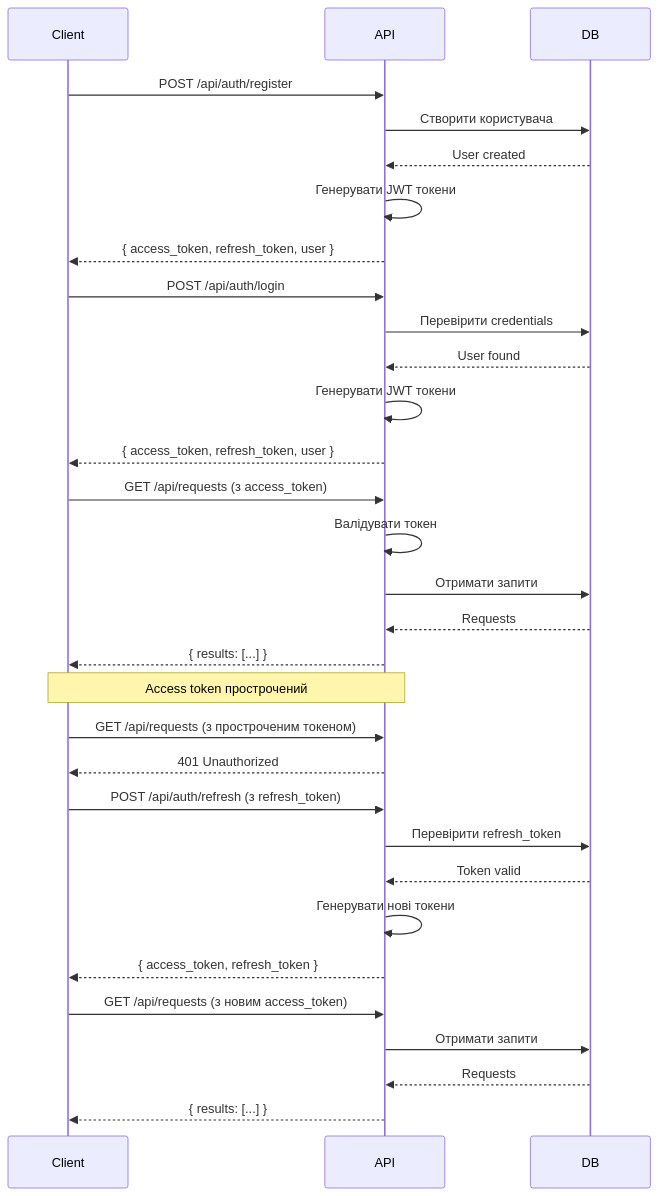
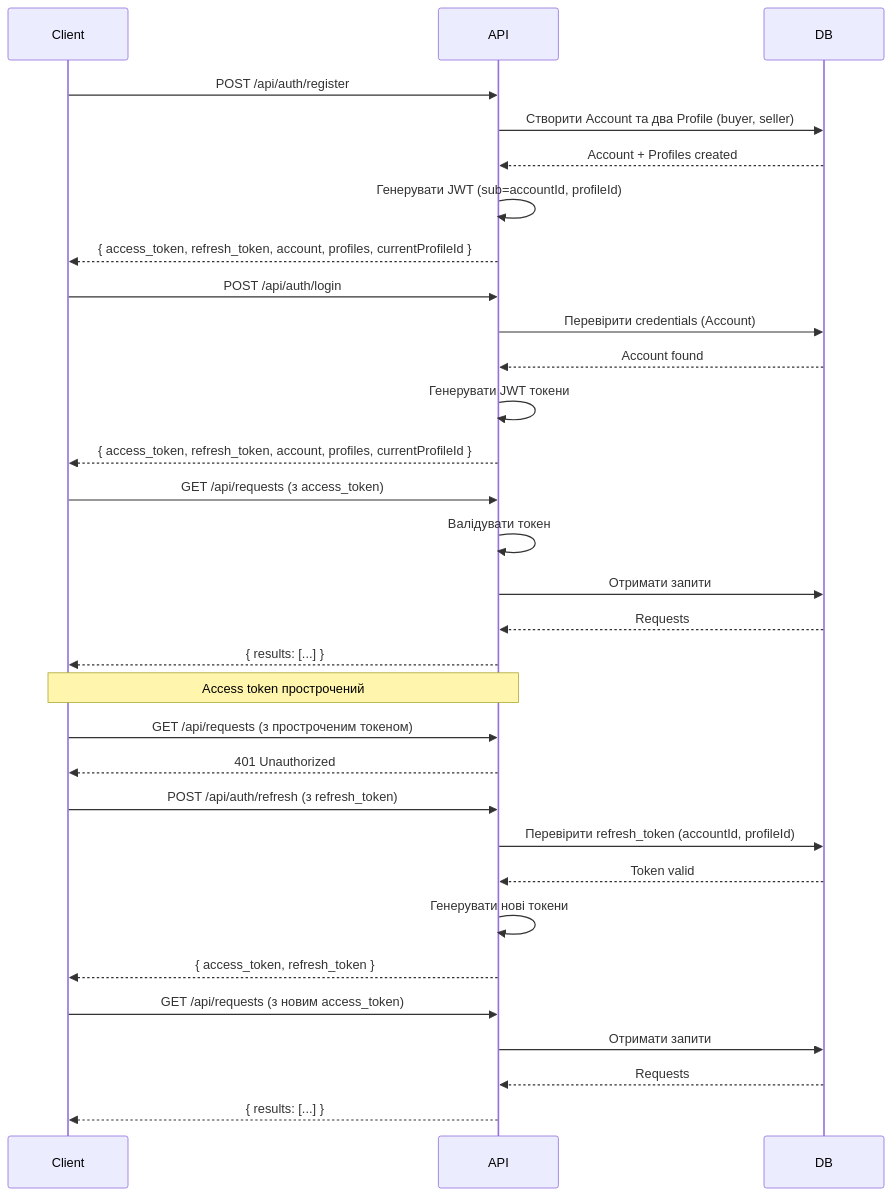
Before and after one commit to AndriiMelnikk/hochu_next: the second of 3 diagrams in docs/BACKEND_API.md, drawn with Mermaid. The commit also changed other lines of this file and 3 other files, not shown here.

First line of the commit message:
feat(user): enrich user profile with reputation and verification data

````diff
--- a/docs/BACKEND_API.md
+++ b/docs/BACKEND_API.md
@@ -1162,39 +955,39 @@
 ```mermaid
 sequenceDiagram
     participant Client
     participant API
     participant DB
 
     Client->>API: POST /api/auth/register
-    API->>DB: Створити користувача
-    DB-->>API: User created
-    API->>API: Генерувати JWT токени
-    API-->>Client: { access_token, refresh_token, user }
+    API->>DB: Створити Account та два Profile (buyer, seller)
+    DB-->>API: Account + Profiles created
+    API->>API: Генерувати JWT (sub=accountId, profileId)
+    API-->>Client: { access_token, refresh_token, account, profiles, currentProfileId }
 
     Client->>API: POST /api/auth/login
-    API->>DB: Перевірити credentials
-    DB-->>API: User found
+    API->>DB: Перевірити credentials (Account)
+    DB-->>API: Account found
     API->>API: Генерувати JWT токени
-    API-->>Client: { access_token, refresh_token, user }
+    API-->>Client: { access_token, refresh_token, account, profiles, currentProfileId }
 
     Client->>API: GET /api/requests (з access_token)
     API->>API: Валідувати токен
     API->>DB: Отримати запити
     DB-->>API: Requests
     API-->>Client: { results: [...] }
 
     Note over Client,API: Access token прострочений
     Client->>API: GET /api/requests (з простроченим токеном)
     API-->>Client: 401 Unauthorized
 
     Client->>API: POST /api/auth/refresh (з refresh_token)
-    API->>DB: Перевірити refresh_token
+    API->>DB: Перевірити refresh_token (accountId, profileId)
     DB-->>API: Token valid
     API->>API: Генерувати нові токени
     API-->>Client: { access_token, refresh_token }
 
     Client->>API: GET /api/requests (з новим access_token)
     API->>DB: Отримати запити
     DB-->>API: Requests
     API-->>Client: { results: [...] }
 ```
````
